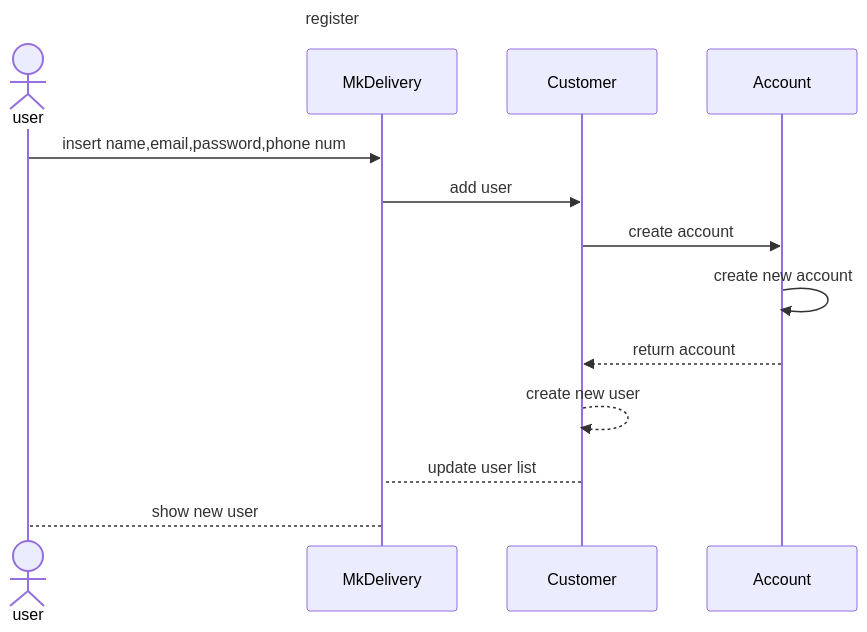
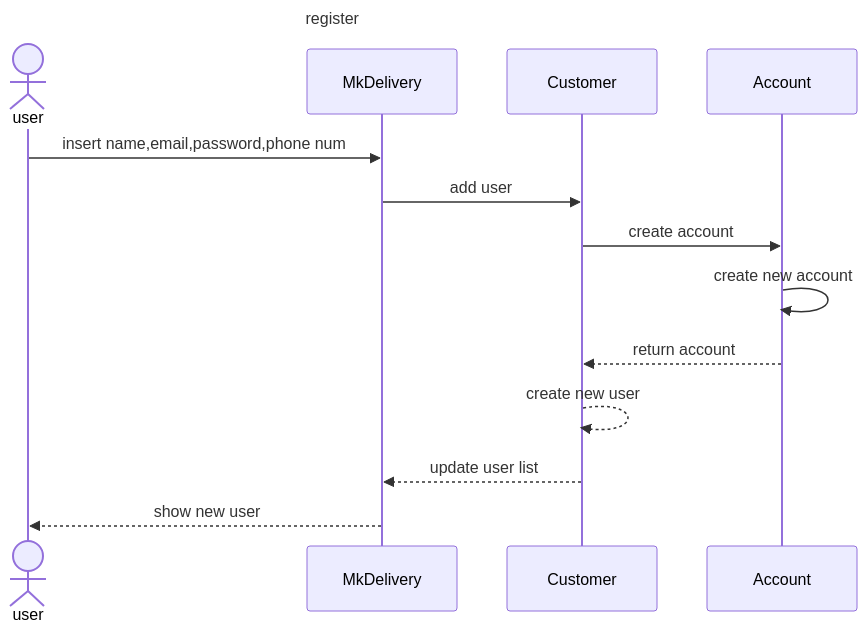
One commit to MxMhx/OOP_Project_MK_website changed the diagram in sequence_diag/auth/register.mmd. Above: the diagram before and after it, drawn with Mermaid.

```diff
--- a/sequence_diag/auth/register.mmd
+++ b/sequence_diag/auth/register.mmd
@@ -1,15 +1,15 @@
 sequenceDiagram
     title register
     actor user
     participant MkDelivery
     participant Customer
     participant Account
     
     user ->> MkDelivery:insert name,email,password,phone num
     MkDelivery ->> Customer :add user
     Customer ->>  Account :create account
     Account ->> Account : create new account
     Account -->> Customer :return account
     Customer -->> Customer :create new user
-    Customer --> MkDelivery: update user list
-    MkDelivery --> user :show new user
+    Customer -->> MkDelivery: update user list
+    MkDelivery -->> user :show new user
```
